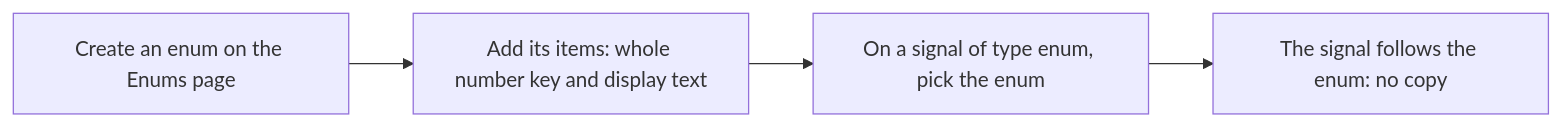
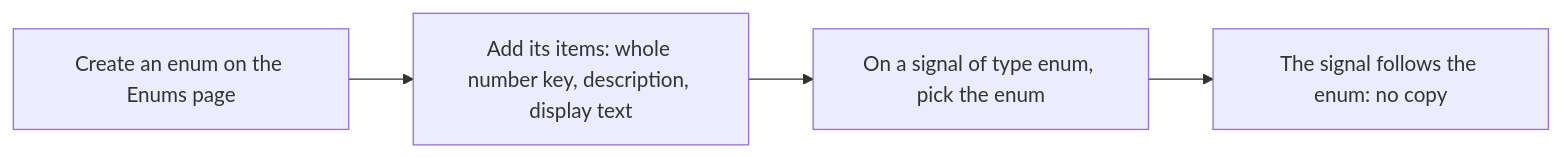
The second of 2 diagrams in metadata/06-enums.md (AlexandreGallais/synoptic-studio-spec), drawn with Mermaid before and after one commit. The commit also changed other lines of this file and 12 other files, not shown here.

````diff
--- a/metadata/06-enums.md
+++ b/metadata/06-enums.md
@@ -43,6 +53,6 @@
 ```mermaid
 flowchart LR
-    A["Create an enum on the Enums page"] --> B["Add its items: whole number key and display text"]
+    A["Create an enum on the Enums page"] --> B["Add its items: whole number key, description, display text"]
     B --> C["On a signal of type enum, pick the enum"]
     C --> D["The signal follows the enum: no copy"]
 ```
````
